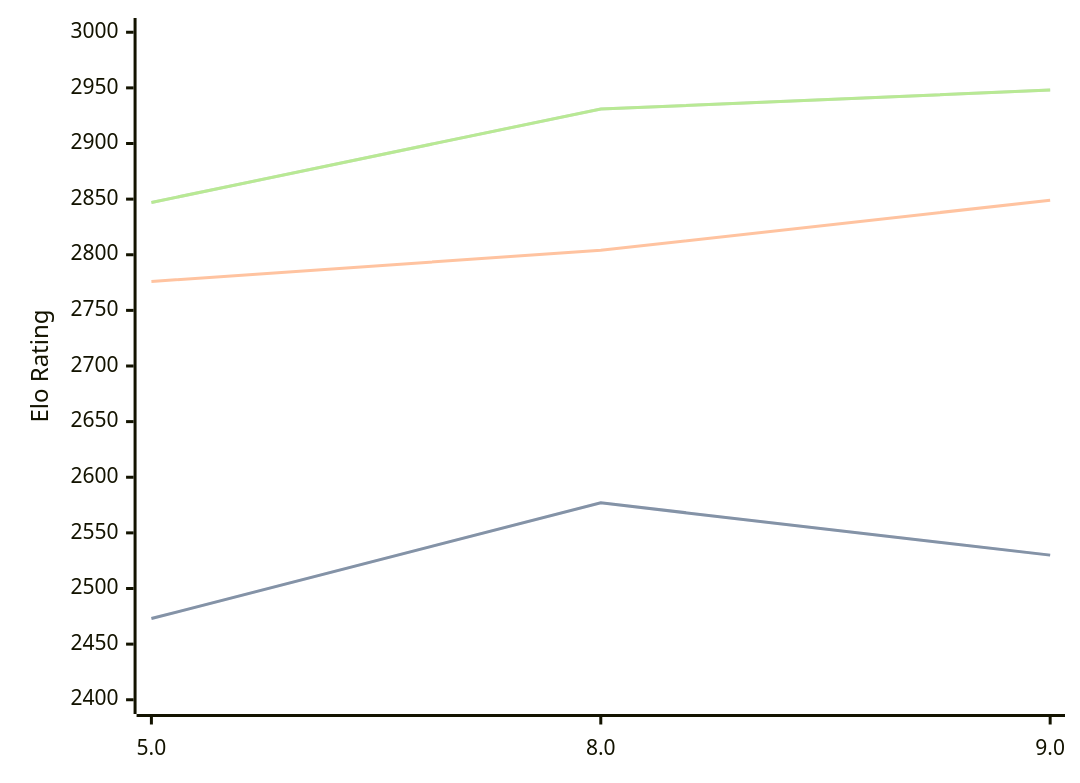
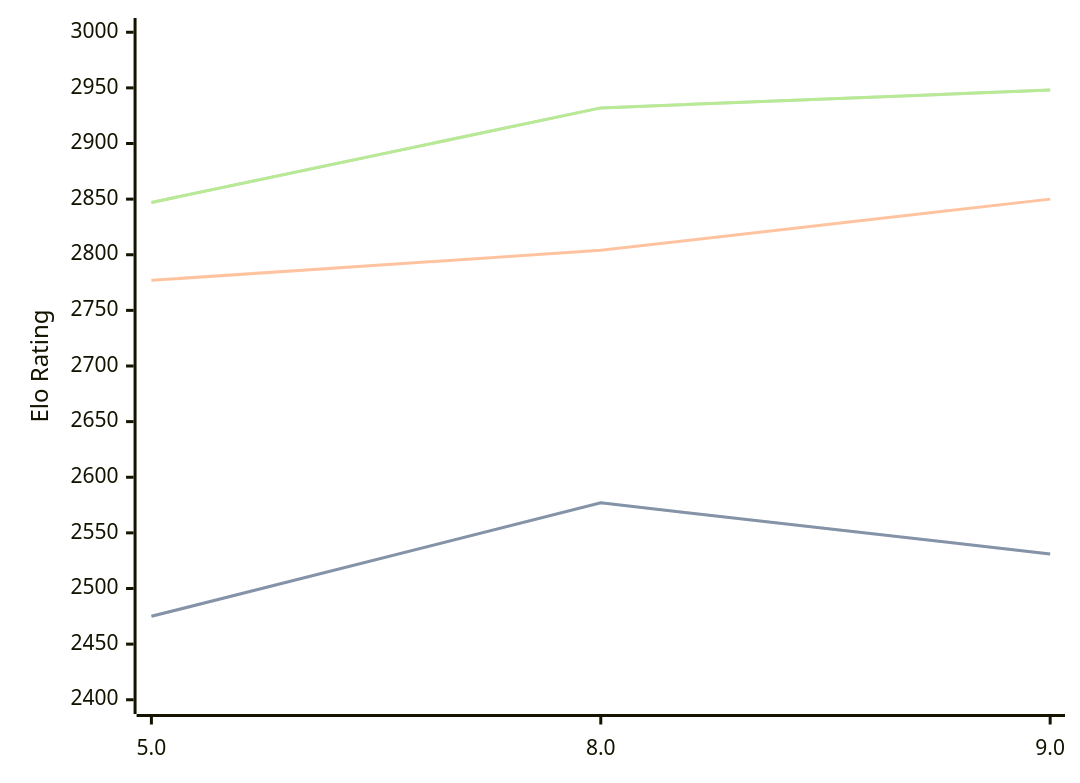
The first of 3 diagrams in engines/4kc.md (computer-chess-index/cci), drawn with Mermaid before and after one commit. The commit also changed other lines of this file, not shown here.

Commit message:
Update CCI Ratings (ELO VLTC) - 2026-06-23

````diff
--- a/engines/4kc.md
+++ b/engines/4kc.md
@@ -42,11 +42,11 @@
 ```mermaid
 %%{init: {"theme":"base","themeVariables":{"seriesColors:['#a3a3a3','#222221','#faa371']}}}%%
 xychart-beta
   x-axis ["5.0", "8.0", "9.0"]
   y-axis "Elo Rating" 2400 --> 3000
-  line "STC (8.0+0.08s)" [2473, 2577, 2530]
-  line "STC (8.0+0.08s)" [2473, 2577, 2530]
-  line "LTC (60.0+0.60s)" [2776, 2804, 2849]
-  line "VLTC (2m24s+1.12s)" [2847, 2931, 2948]
-  line "VLTC (2m24s+1.12s)" [2847, 2931, 2948]
+  line "STC (8.0+0.08s)" [2475, 2577, 2531]
+  line "STC (8.0+0.08s)" [2475, 2577, 2531]
+  line "LTC (60.0+0.60s)" [2777, 2804, 2850]
+  line "VLTC (2m24s+1.12s)" [2847, 2932, 2948]
+  line "VLTC (2m24s+1.12s)" [2847, 2932, 2948]
 ```
````
